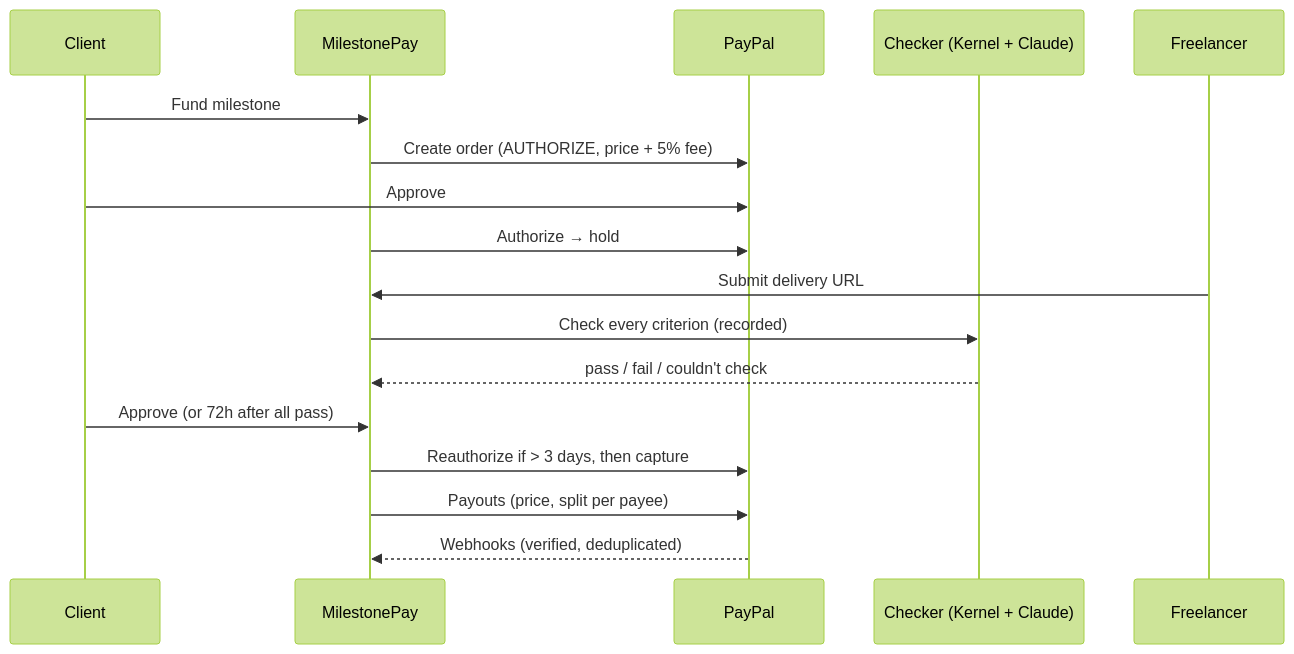
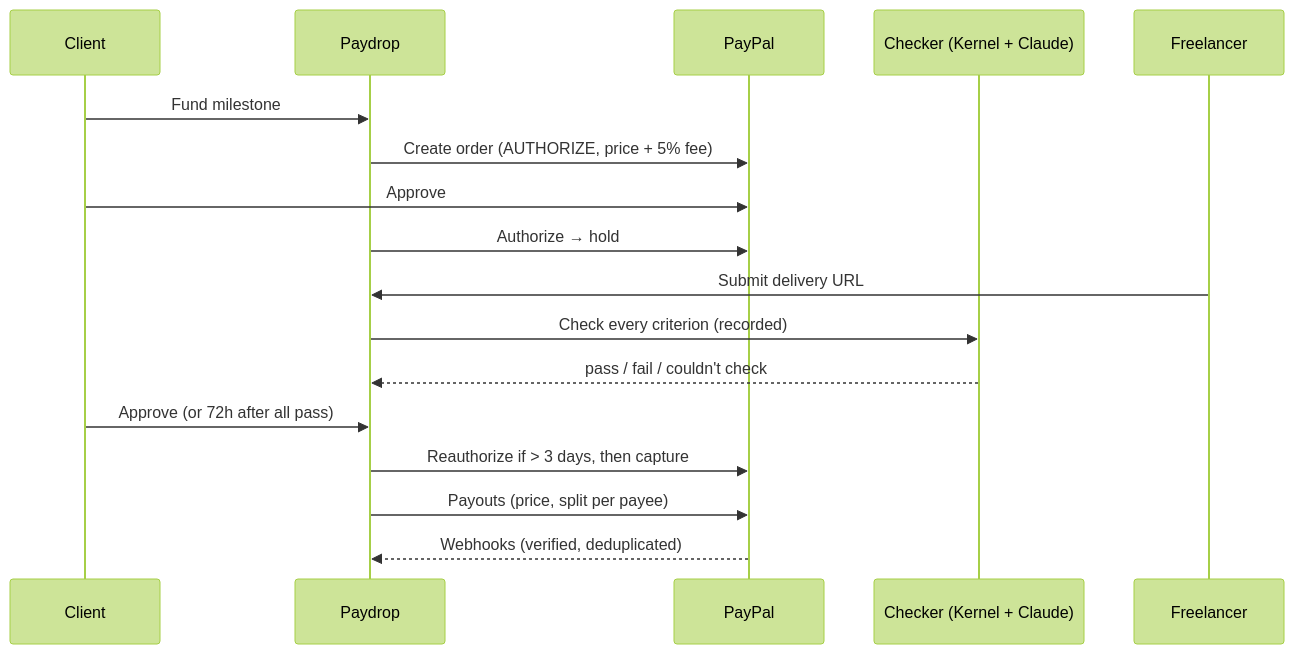
Before and after one commit to Cyanexani/paydrop: the third of 3 diagrams in docs/ARCHITECTURE.md, drawn with Mermaid (forest theme). The commit also changed 43 other files, not shown here.

First line of the commit message:
Rename the app to Paydrop

````diff
--- a/docs/ARCHITECTURE.md
+++ b/docs/ARCHITECTURE.md
@@ -98,19 +98,19 @@
 ```mermaid
 sequenceDiagram
   participant C as Client
-  participant App as MilestonePay
+  participant App as Paydrop
   participant PP as PayPal
   participant K as Checker (Kernel + Claude)
   participant F as Freelancer
   C->>App: Fund milestone
   App->>PP: Create order (AUTHORIZE, price + 5% fee)
   C->>PP: Approve
   App->>PP: Authorize → hold
   F->>App: Submit delivery URL
   App->>K: Check every criterion (recorded)
   K-->>App: pass / fail / couldn't check
   C->>App: Approve (or 72h after all pass)
   App->>PP: Reauthorize if > 3 days, then capture
   App->>PP: Payouts (price, split per payee)
   PP-->>App: Webhooks (verified, deduplicated)
 ```
````
